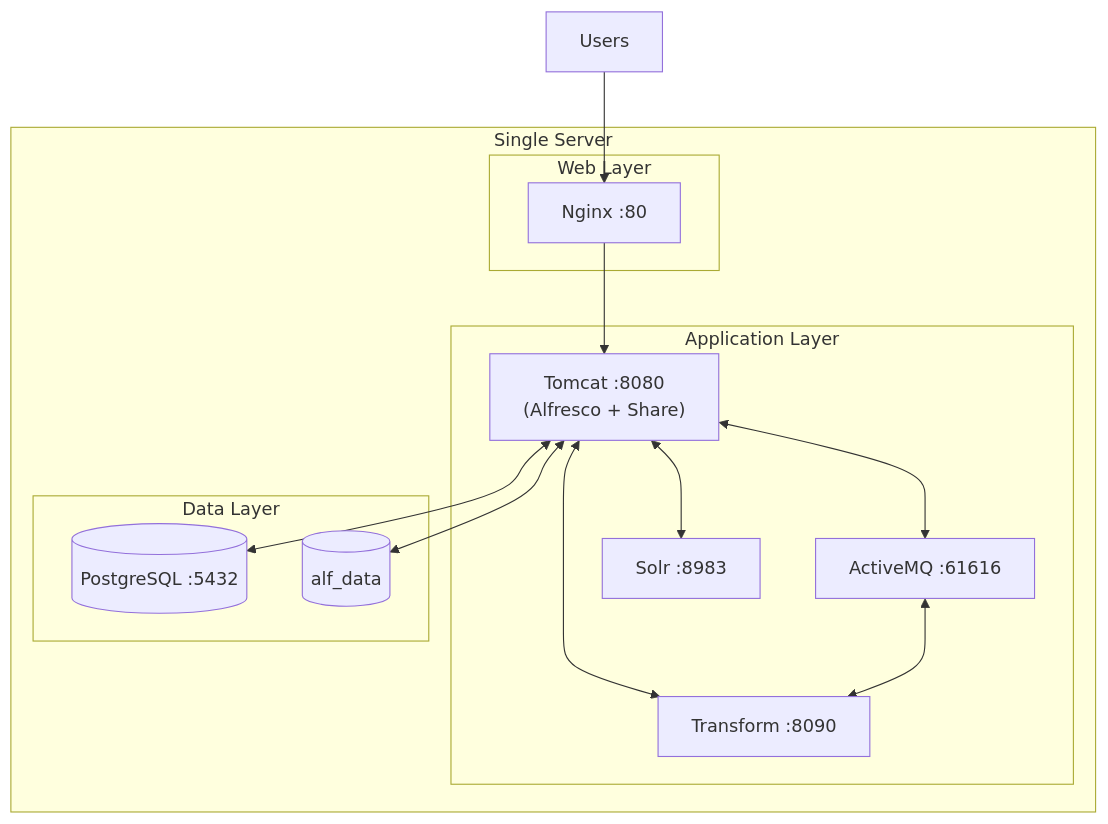
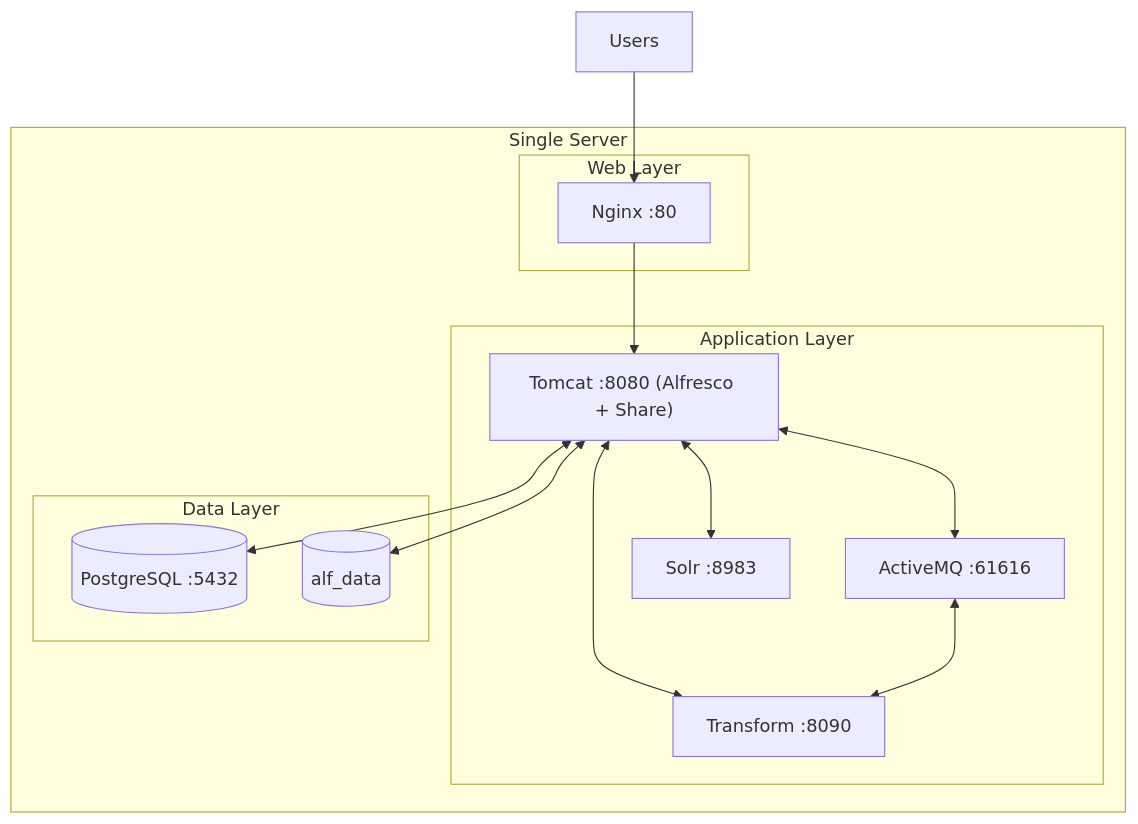
The fourth of 7 diagrams in README.md (aborroy/alfresco-ubuntu-installer), drawn with Mermaid before and after one commit. The commit also changed other lines of this file, not shown here.

Commit message:
Fix diagrams

````diff
--- a/README.md
+++ b/README.md
@@ -598,30 +559,30 @@
 ```mermaid
 flowchart TB
     subgraph server["Single Server"]
         subgraph web["Web Layer"]
             nginx["Nginx :80"]
         end
         
         subgraph application["Application Layer"]
-            tomcat["Tomcat :8080\n(Alfresco + Share)"]
+            tomcat["Tomcat :8080 (Alfresco + Share)"]
             transform["Transform :8090"]
             activemq["ActiveMQ :61616"]
             solr["Solr :8983"]
         end
         
         subgraph database["Data Layer"]
             postgres[("PostgreSQL :5432")]
             content[("alf_data")]
         end
         
         nginx --> tomcat
         tomcat <--> postgres
         tomcat <--> content
         tomcat <--> activemq
         tomcat <--> solr
         tomcat <--> transform
         activemq <--> transform
     end
     
     users["Users"] --> nginx
 ```
````
